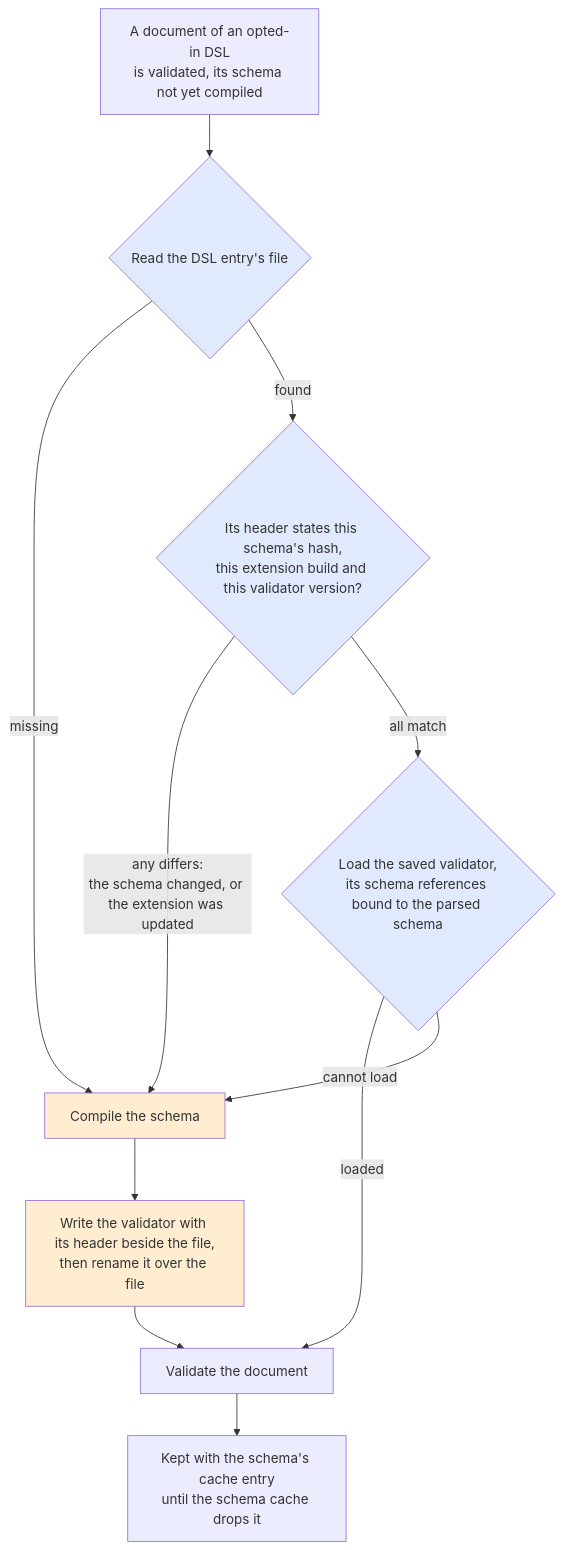
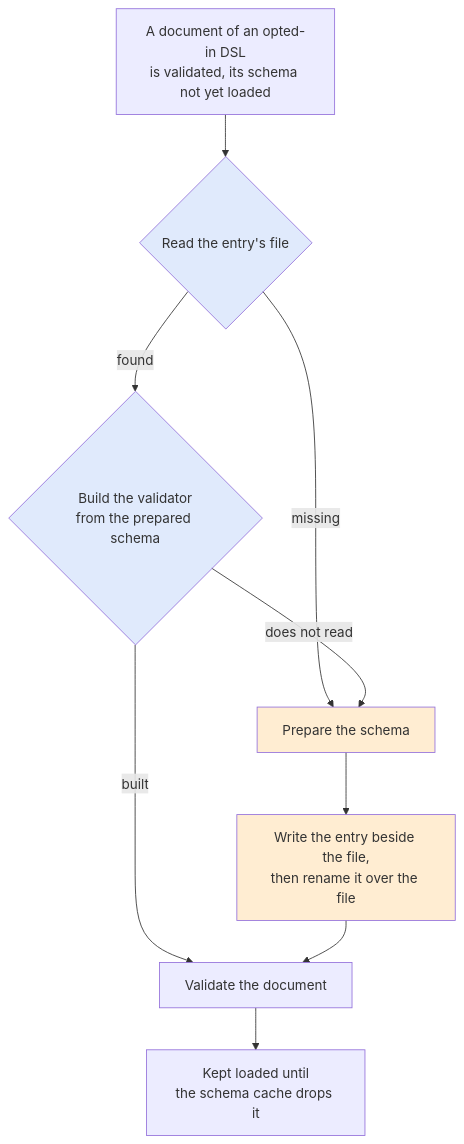
The fifth of 6 diagrams in docs/design.md (litebitus/vscode-yaml-dsl-editor), drawn with Mermaid before and after one commit. The commit also changed other lines of this file and 32 other files, not shown here.

Commit message:
feat(validation): validate documents through yaml-dsl-spec with its schema cache and store, and deprecate compiled_schema_cache for schema_store

````diff
--- a/docs/design.md
+++ b/docs/design.md
@@ -227,17 +236,15 @@
 ```mermaid
 flowchart TD
-  request["A document of an opted-in DSL<br/>is validated, its schema not yet compiled"] --> read{"Read the DSL entry's file"}
-  read -- "missing" --> compile
-  read -- "found" --> header{"Its header states this schema's hash,<br/>this extension build and this validator version?"}
-  header -- "any differs:<br/>the schema changed, or the extension was updated" --> compile
-  header -- "all match" --> load{"Load the saved validator,<br/>its schema references bound to the parsed schema"}
-  load -- "loaded" --> validate
-  load -- "cannot load" --> compile
-  compile["Compile the schema"] --> save["Write the validator with its header beside the file,<br/>then rename it over the file"]
+  request["A document of an opted-in DSL<br/>is validated, its schema not yet loaded"] --> read{"Read the entry's file"}
+  read -- "missing" --> prepare
+  read -- "found" --> restore{"Build the validator<br/>from the prepared schema"}
+  restore -- "built" --> validate
+  restore -- "does not read" --> prepare
+  prepare["Prepare the schema"] --> save["Write the entry beside the file,<br/>then rename it over the file"]
   save --> validate["Validate the document"]
-  validate --> held["Kept with the schema's cache entry<br/>until the schema cache drops it"]
-  classDef savedPath fill:#6495ED33
-  classDef compiledPath fill:#FFB74D40
-  class read,header,load savedPath
-  class compile,save compiledPath
+  validate --> held["Kept loaded until<br/>the schema cache drops it"]
+  classDef storedPath fill:#6495ED33
+  classDef preparedPath fill:#FFB74D40
+  class read,restore storedPath
+  class prepare,save preparedPath
 ```
````
